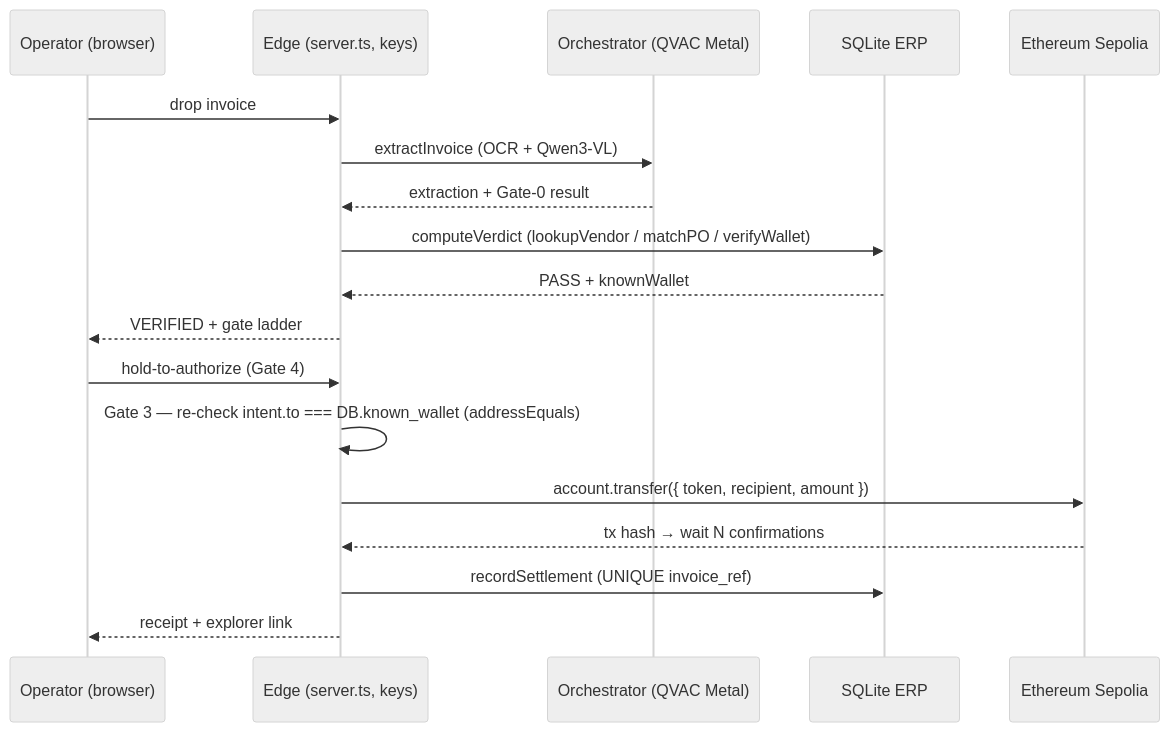
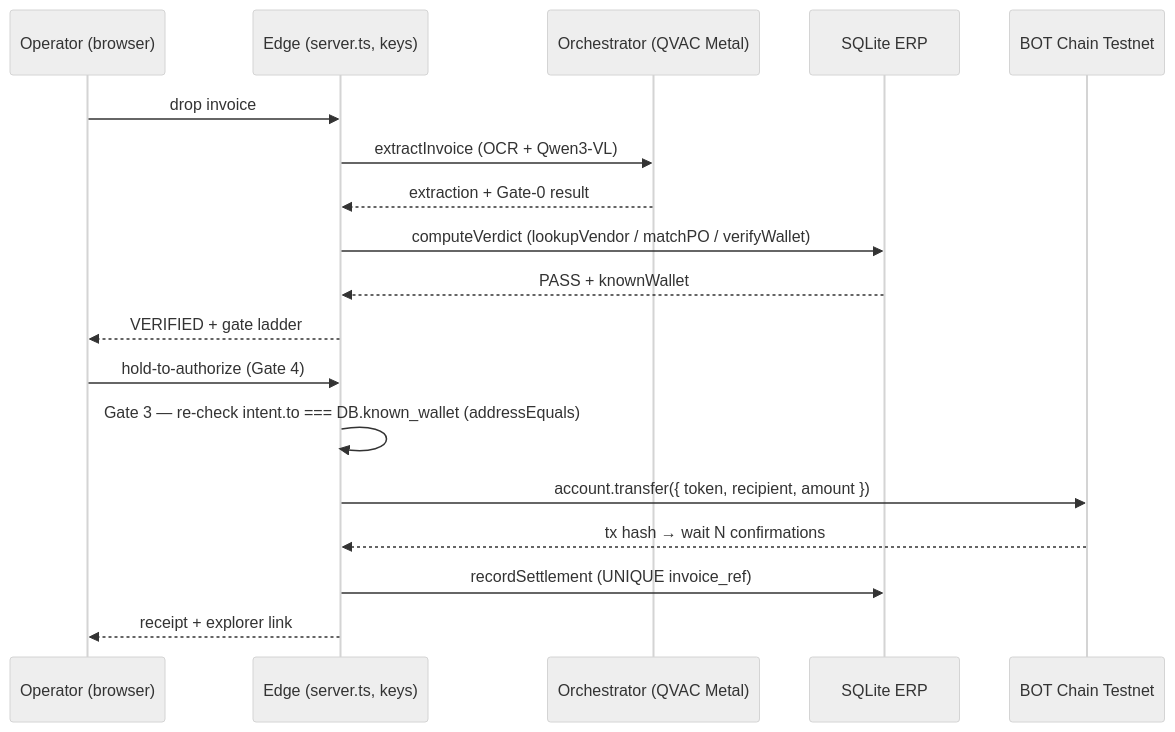
One commit to Saber1Y/busto changed the third of 3 diagrams in ARCHITECTURE.md. Above: the diagram before and after it, drawn with Mermaid (neutral theme). The commit also changed other lines of this file and 21 other files, not shown here.

````diff
--- a/ARCHITECTURE.md
+++ b/ARCHITECTURE.md
@@ -66,20 +66,20 @@
 ```mermaid
 sequenceDiagram
   participant U as Operator (browser)
   participant E as Edge (server.ts, keys)
   participant O as Orchestrator (QVAC Metal)
   participant DB as SQLite ERP
-  participant C as Ethereum Sepolia
+  participant C as BOT Chain Testnet
   U->>E: drop invoice
   E->>O: extractInvoice (OCR + Qwen3-VL)
   O-->>E: extraction + Gate-0 result
   E->>DB: computeVerdict (lookupVendor / matchPO / verifyWallet)
   DB-->>E: PASS + knownWallet
   E-->>U: VERIFIED + gate ladder
   U->>E: hold-to-authorize (Gate 4)
   E->>E: Gate 3 — re-check intent.to === DB.known_wallet (addressEquals)
   E->>C: account.transfer({ token, recipient, amount })
   C-->>E: tx hash → wait N confirmations
   E->>DB: recordSettlement (UNIQUE invoice_ref)
   E-->>U: receipt + explorer link
 ```
````
